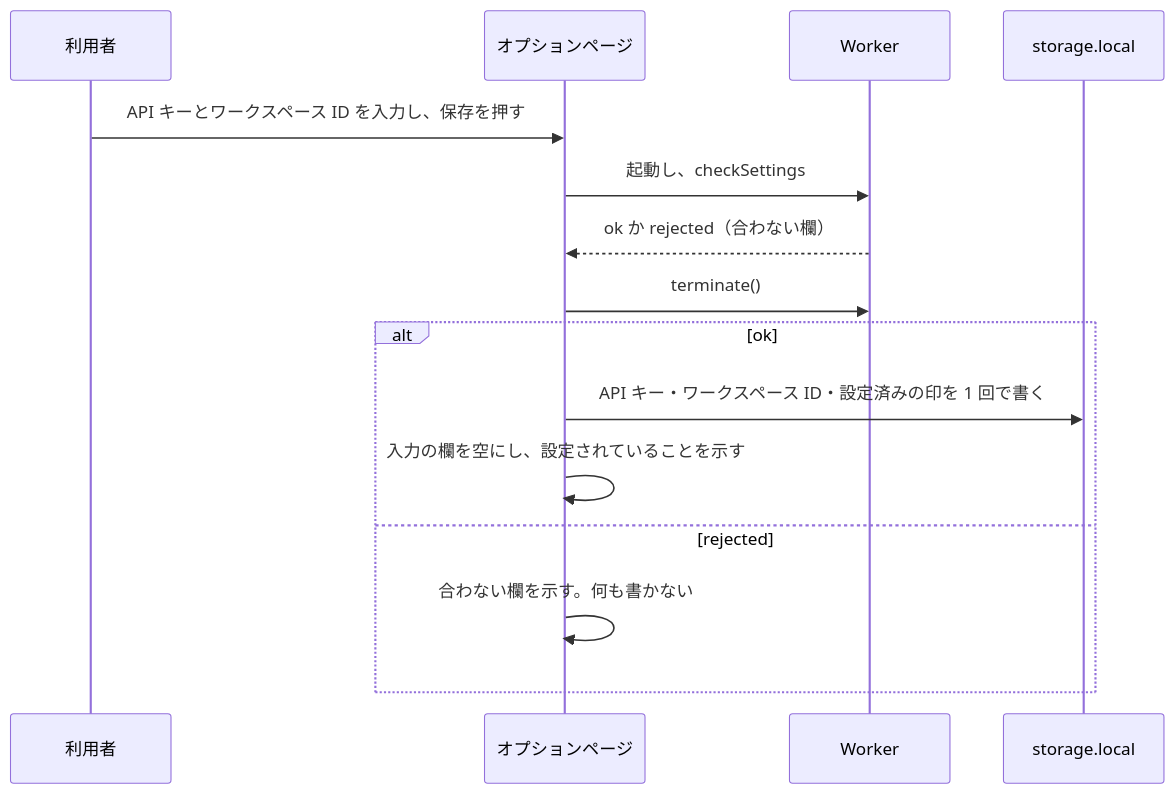
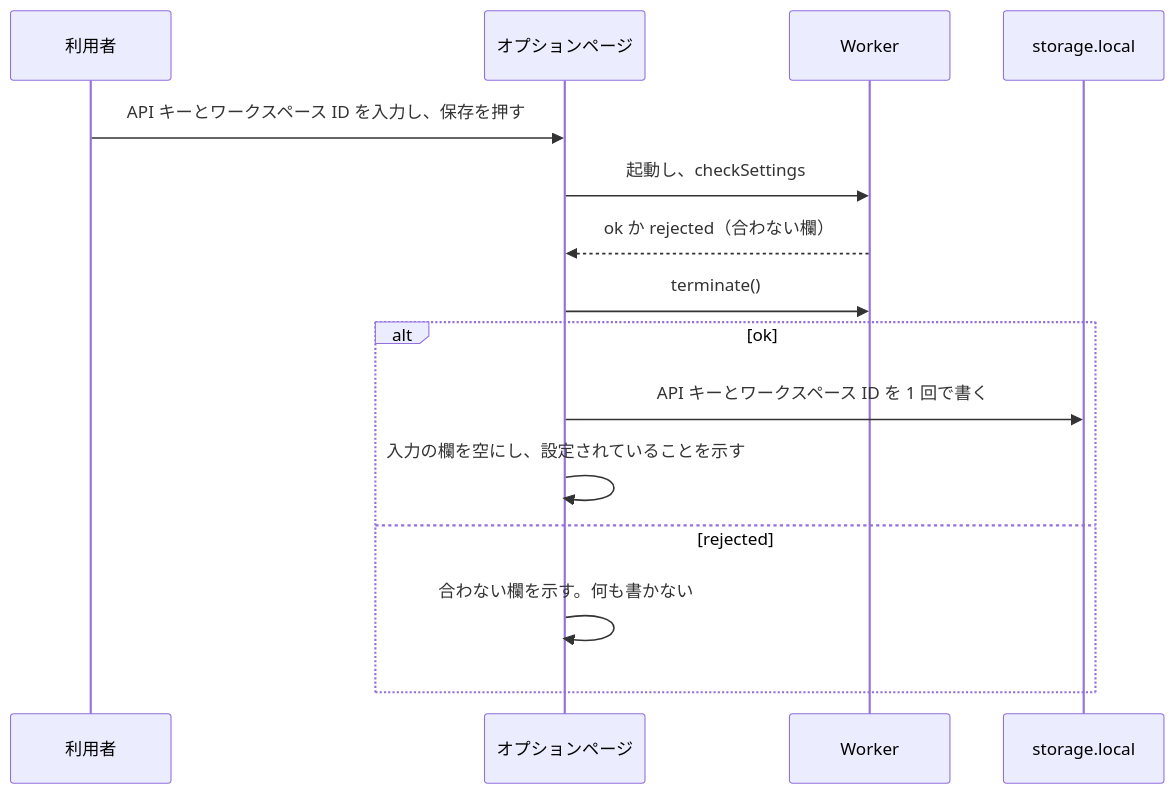
The ninth of 9 diagrams in docs/tasks/0090_extension_only_architecture/02_architecture.md (isseis/yt2column), drawn with Mermaid before and after one commit. The commit also changed other lines of this file and 5 other files, not shown here.

````diff
--- a/docs/tasks/0090_extension_only_architecture/02_architecture.md
+++ b/docs/tasks/0090_extension_only_architecture/02_architecture.md
@@ -1253,18 +1253,18 @@
 ```mermaid
 sequenceDiagram
     participant U as 利用者
     participant O as オプションページ
     participant W as Worker
     participant L as storage.local
 
     U->>O: API キーとワークスペース ID を入力し、保存を押す
     O->>W: 起動し、checkSettings
     W-->>O: ok か rejected（合わない欄）
     O->>W: terminate()
     alt ok
-        O->>L: API キー・ワークスペース ID・設定済みの印を 1 回で書く
+        O->>L: API キーとワークスペース ID を 1 回で書く
         O->>O: 入力の欄を空にし、設定されていることを示す
     else rejected
         O->>O: 合わない欄を示す。何も書かない
     end
 ```
````
